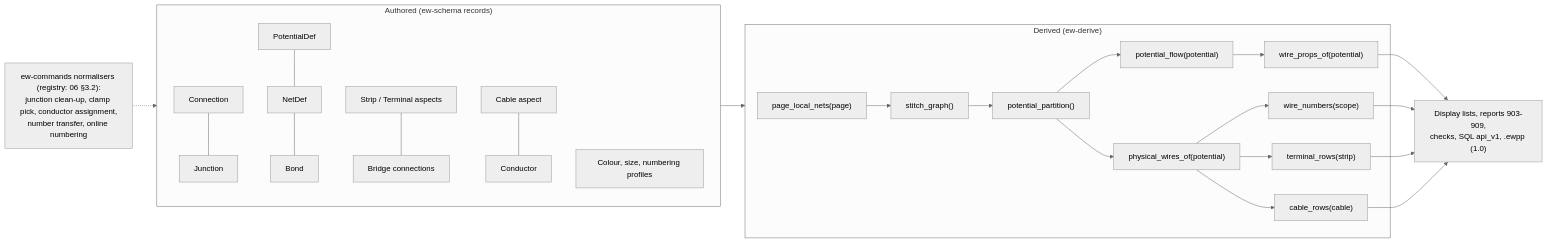
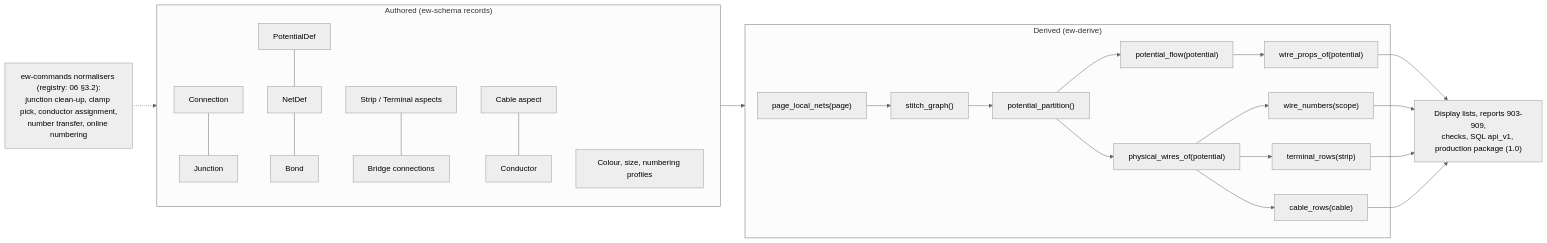
Before and after one commit to Ironkode787/ElektraWatt: the diagram in docs/design/08-connectivity-wires.md, drawn with Mermaid (neutral theme). The commit also changed 25 other files, not shown here.

First line of the commit message:
docs: the production package by its name; crates that are not made leave the documents

````diff
--- a/docs/design/08-connectivity-wires.md
+++ b/docs/design/08-connectivity-wires.md
@@ -30,21 +30,21 @@
 ```mermaid
 flowchart LR
   subgraph A["Authored (ew-schema records)"]
     C[Connection] --- J[Junction]
     PD[PotentialDef] --- ND[NetDef] --- BD[Bond]
     TS["Strip / Terminal aspects"] --- BR["Bridge connections"]
     CB["Cable aspect"] --- CO[Conductor]
     PR["Colour, size, numbering profiles"]
   end
   subgraph D["Derived (ew-derive)"]
     LN["page_local_nets(page)"] --> SG["stitch_graph()"] --> PP["potential_partition()"] --> PF["potential_flow(potential)"]
     PP --> PW["physical_wires_of(potential)"]
     PF --> WP["wire_props_of(potential)"]
     PW --> WN["wire_numbers(scope)"]
     PW --> TR["terminal_rows(strip)"]
     PW --> CR["cable_rows(cable)"]
   end
   A --> D
-  WP & WN & TR & CR --> O["Display lists, reports 903-909,<br/>checks, SQL api_v1, .ewpp (1.0)"]
+  WP & WN & TR & CR --> O["Display lists, reports 903-909,<br/>checks, SQL api_v1, production package (1.0)"]
   N["ew-commands normalisers (registry: 06 §3.2):<br/>junction clean-up, clamp pick, conductor assignment,<br/>number transfer, online numbering"] -.-> A
 ```
````
